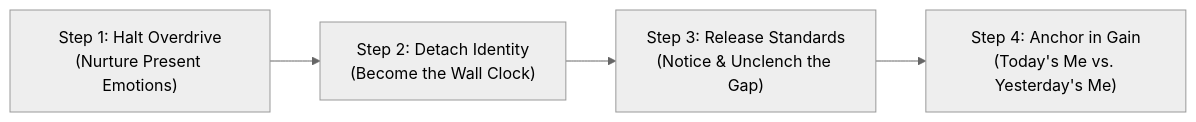
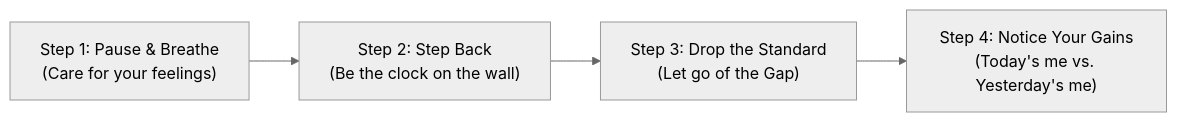
One commit to coachsunny/blog changed the diagram in _posts/2026-11-15-stop-gap-thinking-self-acknowledgement-en.md. Above: the diagram before and after it, drawn with Mermaid (neutral theme). The commit also changed other lines of this file and 4 other files, not shown here.

````diff
--- a/_posts/2026-11-15-stop-gap-thinking-self-acknowledgement-en.md
+++ b/_posts/2026-11-15-stop-gap-thinking-self-acknowledgement-en.md
@@ -94,6 +94,6 @@
 ```mermaid
 flowchart LR
-    A["Step 1: Halt Overdrive<br>(Nurture Present Emotions)"] --> B["Step 2: Detach Identity<br>(Become the Wall Clock)"]
-    B --> C["Step 3: Release Standards<br>(Notice & Unclench the Gap)"]
-    C --> D["Step 4: Anchor in Gain<br>(Today's Me vs. Yesterday's Me)"]
+    A["Step 1: Pause & Breathe<br>(Care for your feelings)"] --> B["Step 2: Step Back<br>(Be the clock on the wall)"]
+    B --> C["Step 3: Drop the Standard<br>(Let go of the Gap)"]
+    C --> D["Step 4: Notice Your Gains<br>(Today's me vs. Yesterday's me)"]
 ```
````
